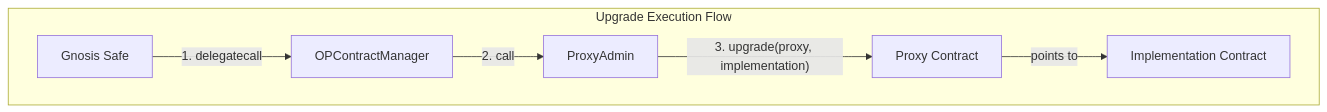
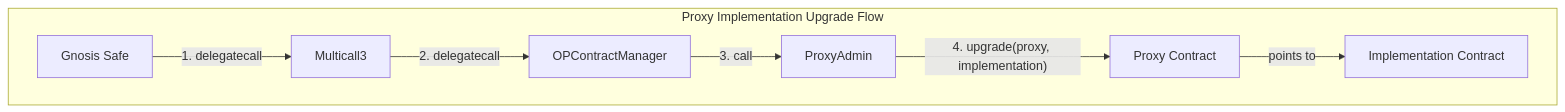
Before and after one commit to celo-org/celo-superchain-ops: the first of 2 diagrams in PURPOSE.md, drawn with Mermaid. The commit also changed other lines of this file and 11 other files, not shown here.

````diff
--- a/PURPOSE.md
+++ b/PURPOSE.md
@@ -14,9 +29,10 @@
 ```mermaid
 graph TD
-    subgraph "Upgrade Execution Flow"
-        GnosisSafe[Gnosis Safe] -- 1. delegatecall --> OPCM[OPContractManager]
-        OPCM -- 2. call --> ProxyAdmin[ProxyAdmin]
-        ProxyAdmin -- "3. upgrade(proxy, implementation)" --> Proxy[Proxy Contract]
+    subgraph "Proxy Implementation Upgrade Flow"
+        GnosisSafe[Gnosis Safe] -- 1. delegatecall --> Multicall3[Multicall3]
+        Multicall3 -- 2. delegatecall --> OPCM[OPContractManager]
+        OPCM -- 3. call --> ProxyAdmin[ProxyAdmin]
+        ProxyAdmin -- "4. upgrade(proxy, implementation)" --> Proxy[Proxy Contract]
         Proxy -- "points to" --> Implementation[Implementation Contract]
     end
 ```
````
